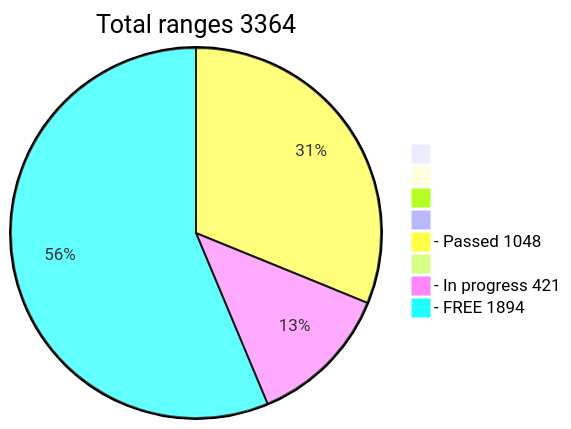
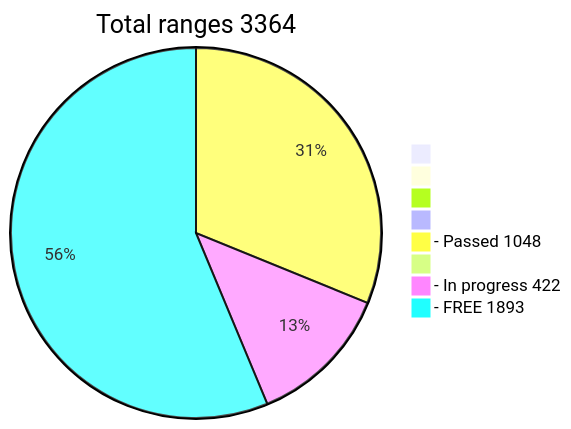
One commit to phrutis/wif500 changed the diagram in README.md. Above: the diagram before and after it, drawn with Mermaid.

````diff
--- a/README.md
+++ b/README.md
@@ -16,12 +16,12 @@
 ```mermaid
 pie title Total ranges 3364
              " " : 0
             "  " : 0
            "   " : 0
           "    " : 0
   "- Passed 1048" : 1048
          "     " : 0
-  "- In progress 421" : 421
-   "- FREE 1894" : 1894
+  "- In progress 422" : 422
+   "- FREE 1893" : 1893
    
 ```
````
